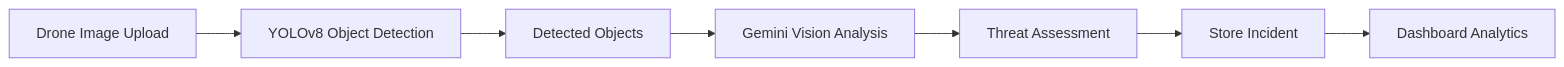
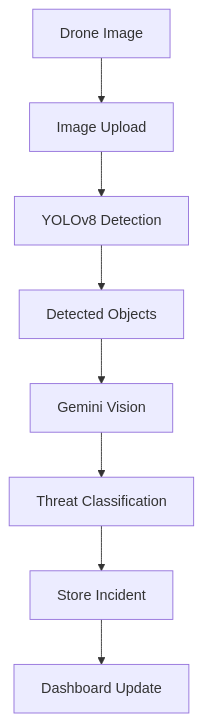
One commit to ajaysathriai-afk/Drone-Sentinel-Agent changed the third of 5 diagrams in README.md. Above: the diagram before and after it, drawn with Mermaid. The commit also changed other lines of this file, not shown here.

````diff
--- a/README.md
+++ b/README.md
@@ -295,18 +110,10 @@
 ```mermaid
-flowchart LR
-
-A["Drone Image Upload"]
-B["YOLOv8 Object Detection"]
-C["Detected Objects"]
-D["Gemini Vision Analysis"]
-E["Threat Assessment"]
-F["Store Incident"]
-G["Dashboard Analytics"]
-
-A --> B
-B --> C
-C --> D
-D --> E
-E --> F
-F --> G
+flowchart TD
+    A[Drone Image] --> B[Image Upload]
+    B --> C[YOLOv8 Detection]
+    C --> D[Detected Objects]
+    D --> E[Gemini Vision]
+    E --> F[Threat Classification]
+    F --> G[Store Incident]
+    G --> H[Dashboard Update]
 ```
````
